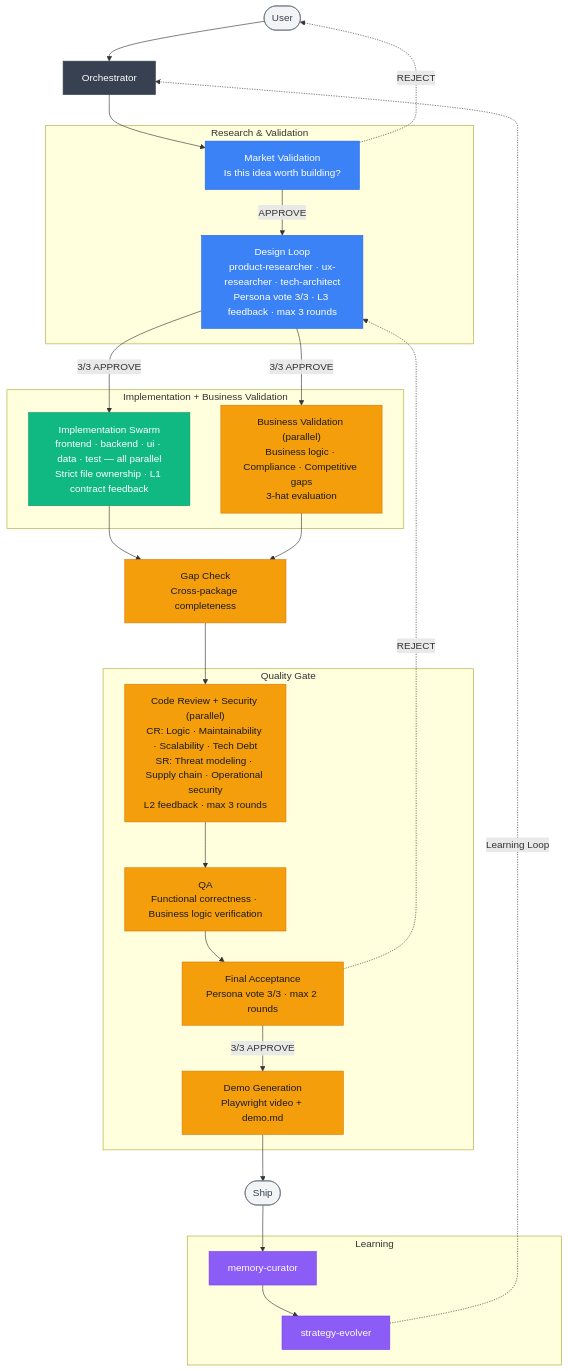
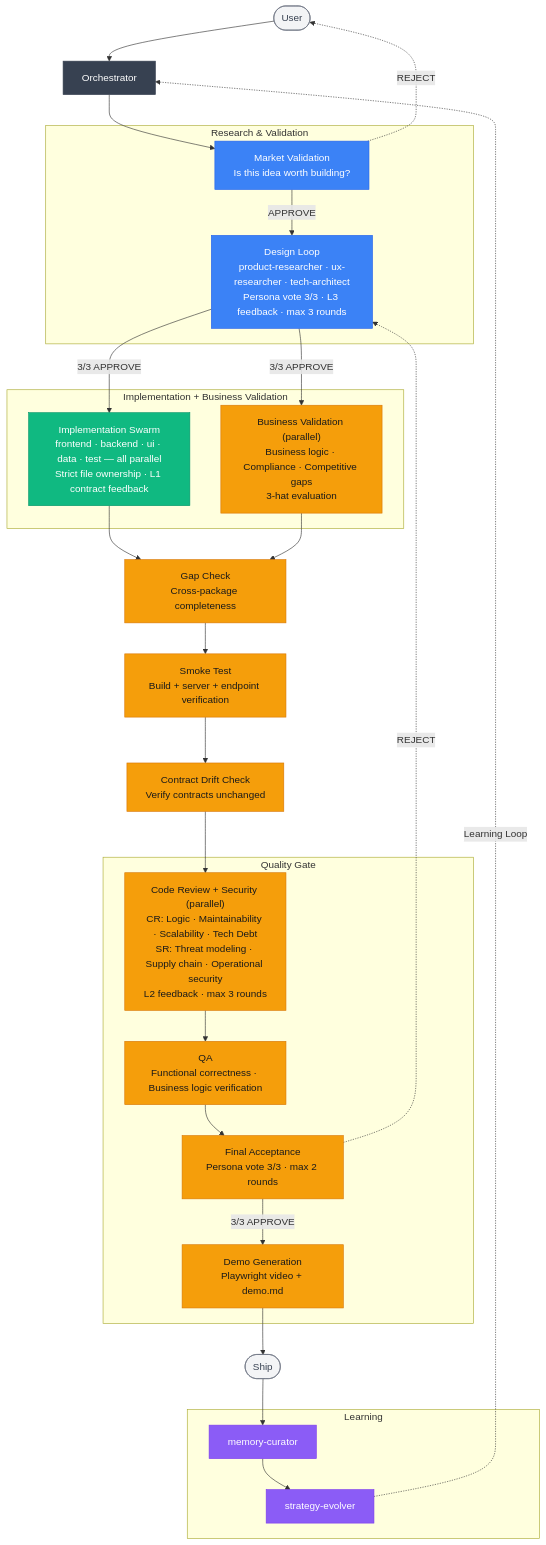
The diagram in wiki/Feature-Lifecycle.md (zee-sandev/solo-dev), drawn with Mermaid before and after one commit. The commit also changed other lines of this file and 3 other files, not shown here.

First line of the commit message:
docs(wiki): add smoke-tester, drift-detector, update lifecycle and config

````diff
--- a/wiki/Feature-Lifecycle.md
+++ b/wiki/Feature-Lifecycle.md
@@ -7,50 +7,52 @@
 ```mermaid
 flowchart TD
     classDef orch fill:#374151,color:#fff,stroke:#374151
     classDef research fill:#3b82f6,color:#fff,stroke:#2563eb
     classDef impl fill:#10b981,color:#fff,stroke:#059669
     classDef quality fill:#f59e0b,color:#1a1a1a,stroke:#d97706
     classDef memory fill:#8b5cf6,color:#fff,stroke:#7c3aed
     classDef terminal fill:#f3f4f6,stroke:#6b7280,color:#374151
 
     U([User]):::terminal --> O[Orchestrator]:::orch
 
     subgraph RESEARCH["  Research & Validation  "]
         P0["Market Validation<br/>Is this idea worth building?"]:::research
         P12["Design Loop<br/>product-researcher · ux-researcher · tech-architect<br/>Persona vote 3/3 · L3 feedback · max 3 rounds"]:::research
     end
 
     subgraph IMPL["  Implementation + Business Validation  "]
         P2["Implementation Swarm<br/>frontend · backend · ui · data · test — all parallel<br/>Strict file ownership · L1 contract feedback"]:::impl
         BV["Business Validation (parallel)<br/>Business logic · Compliance · Competitive gaps<br/>3-hat evaluation"]:::quality
     end
 
     subgraph QUALITY["  Quality Gate  "]
         P3["Code Review + Security (parallel)<br/>CR: Logic · Maintainability · Scalability · Tech Debt<br/>SR: Threat modeling · Supply chain · Operational security<br/>L2 feedback · max 3 rounds"]:::quality
         P45["QA<br/>Functional correctness · Business logic verification"]:::quality
         P7["Final Acceptance<br/>Persona vote 3/3 · max 2 rounds"]:::quality
         P8["Demo Generation<br/>Playwright video + demo.md"]:::quality
     end
 
     subgraph LEARNING["  Learning  "]
         MC[memory-curator]:::memory
         SE[strategy-evolver]:::memory
     end
 
     O --> P0
     P0 -->|APPROVE| P12
     P0 -.->|REJECT| U
     P12 -->|3/3 APPROVE| P2
     P12 -->|3/3 APPROVE| BV
     P2 --> GC["Gap Check<br/>Cross-package completeness"]:::quality
     BV --> GC
-    GC --> P3
+    GC --> ST["Smoke Test<br/>Build + server + endpoint verification"]:::quality
+    ST --> DCH["Contract Drift Check<br/>Verify contracts unchanged"]:::quality
+    DCH --> P3
     P3 --> P45
     P45 --> P7
     P7 -->|3/3 APPROVE| P8
     P7 -.->|REJECT| P12
     P8 --> SHIP([Ship]):::terminal
     SHIP --> MC
     MC --> SE
     SE -.->|Learning Loop| O
 ```
````
